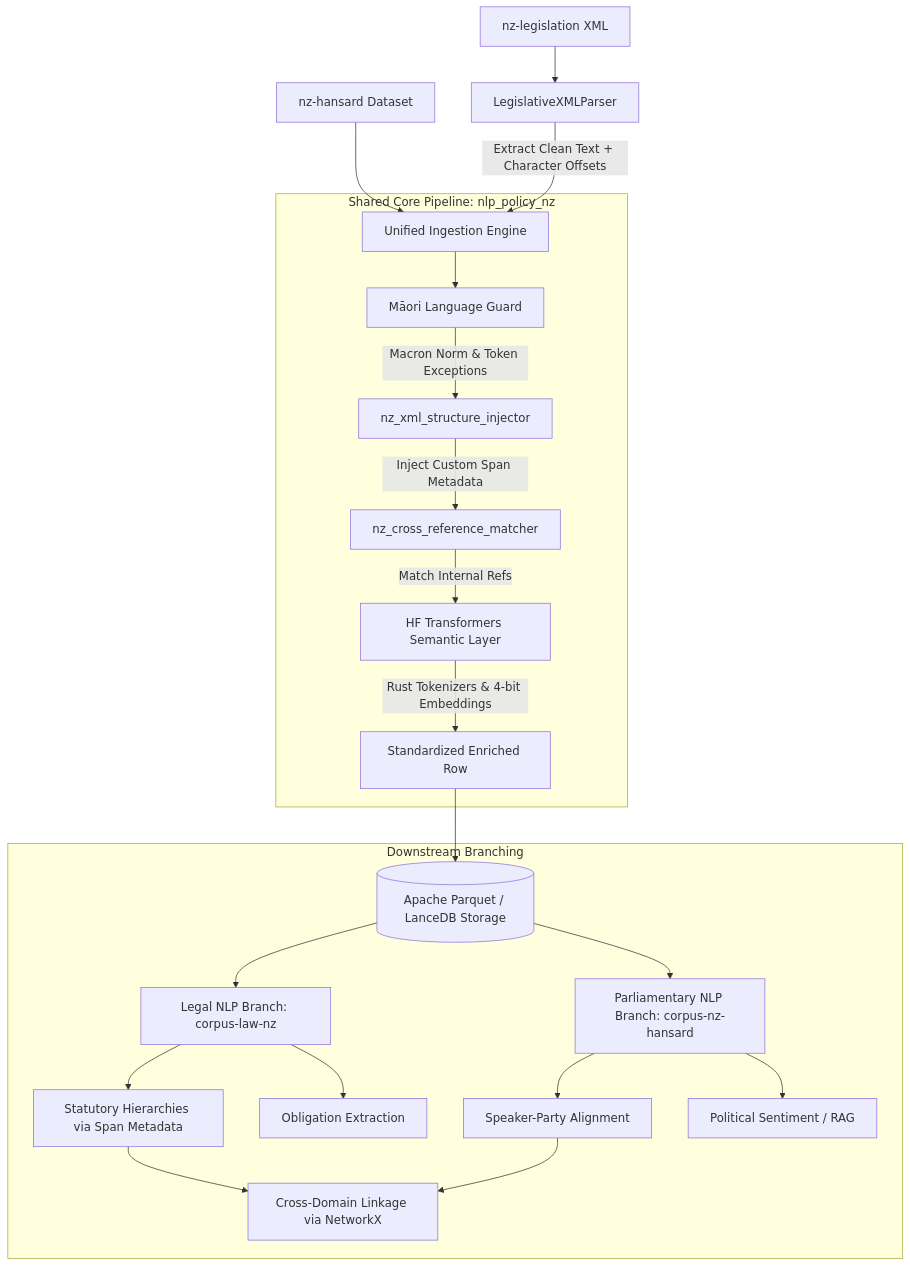
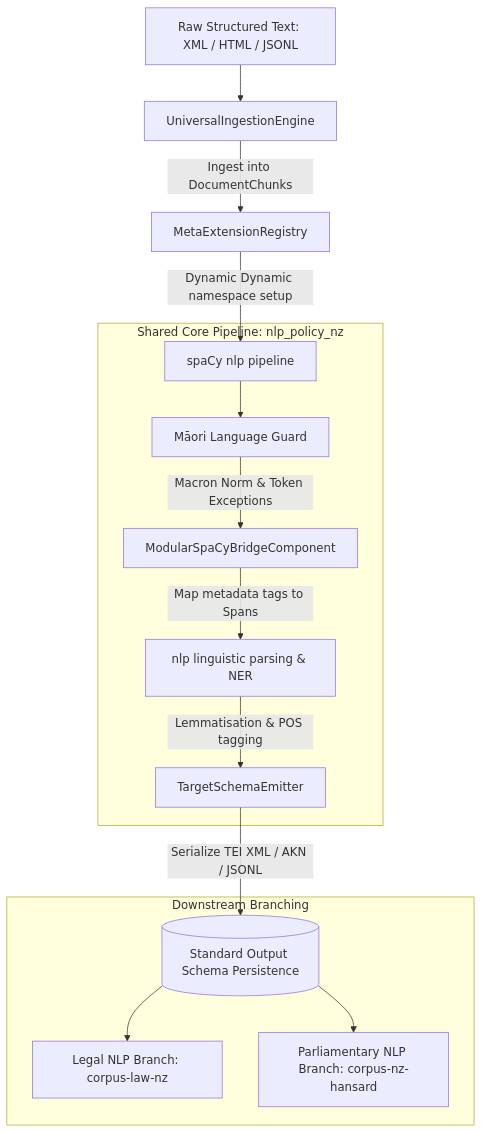
Before and after one commit to edithatogo/nlp-policy-nz: the diagram in conductor/design.md, drawn with Mermaid. The commit also changed other lines of this file and 4 other files, not shown here.

Commit message:
docs(conductor): Incorporate Universal Legislative NLP Framework into product, design, requirements, tracks, and plans

````diff
--- a/conductor/design.md
+++ b/conductor/design.md
@@ -9,29 +9,20 @@
 ```mermaid
 graph TD
-    A[nz-hansard Dataset] --> D[Unified Ingestion Engine]
-    B[nz-legislation XML] --> C[LegislativeXMLParser]
-    C -->|Extract Clean Text + Character Offsets| D
+    A[Raw Structured Text: XML / HTML / JSONL] --> B[UniversalIngestionEngine]
+    B -->|Ingest into DocumentChunks| C[MetaExtensionRegistry]
+    C -->|Dynamic Dynamic namespace setup| D[spaCy nlp pipeline]
     
     subgraph Shared Core Pipeline: nlp_policy_nz
         D --> E[Māori Language Guard]
-        E -->|Macron Norm & Token Exceptions| F[nz_xml_structure_injector]
-        F -->|Inject Custom Span Metadata| G[nz_cross_reference_matcher]
-        G -->|Match Internal Refs| H[HF Transformers Semantic Layer]
-        H -->|Rust Tokenizers & 4-bit Embeddings| I[Standardized Enriched Row]
+        E -->|Macron Norm & Token Exceptions| F[ModularSpaCyBridgeComponent]
+        F -->|Map metadata tags to Spans| G[nlp linguistic parsing & NER]
+        G -->|Lemmatisation & POS tagging| H[TargetSchemaEmitter]
     end
     
-    I --> J[(Apache Parquet / LanceDB Storage)]
+    H -->|Serialize TEI XML / AKN / JSONL| I[(Standard Output Schema Persistence)]
     
     subgraph Downstream Branching
-        J --> K[Legal NLP Branch: corpus-law-nz]
-        J --> L[Parliamentary NLP Branch: corpus-nz-hansard]
-        
-        K --> M[Statutory Hierarchies via Span Metadata]
-        K --> N[Obligation Extraction]
-        
-        L --> O[Speaker-Party Alignment]
-        L --> P[Political Sentiment / RAG]
-        
-        M & O --> Q[Cross-Domain Linkage via NetworkX]
+        I --> J[Legal NLP Branch: corpus-law-nz]
+        I --> K[Parliamentary NLP Branch: corpus-nz-hansard]
     end
 ```
````
